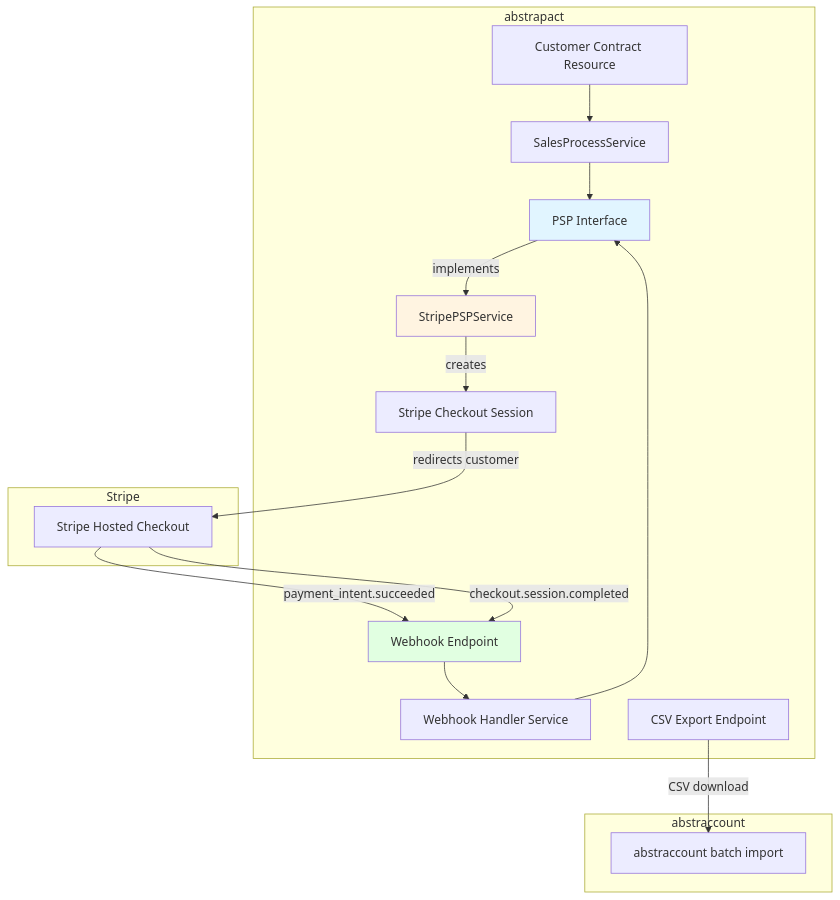
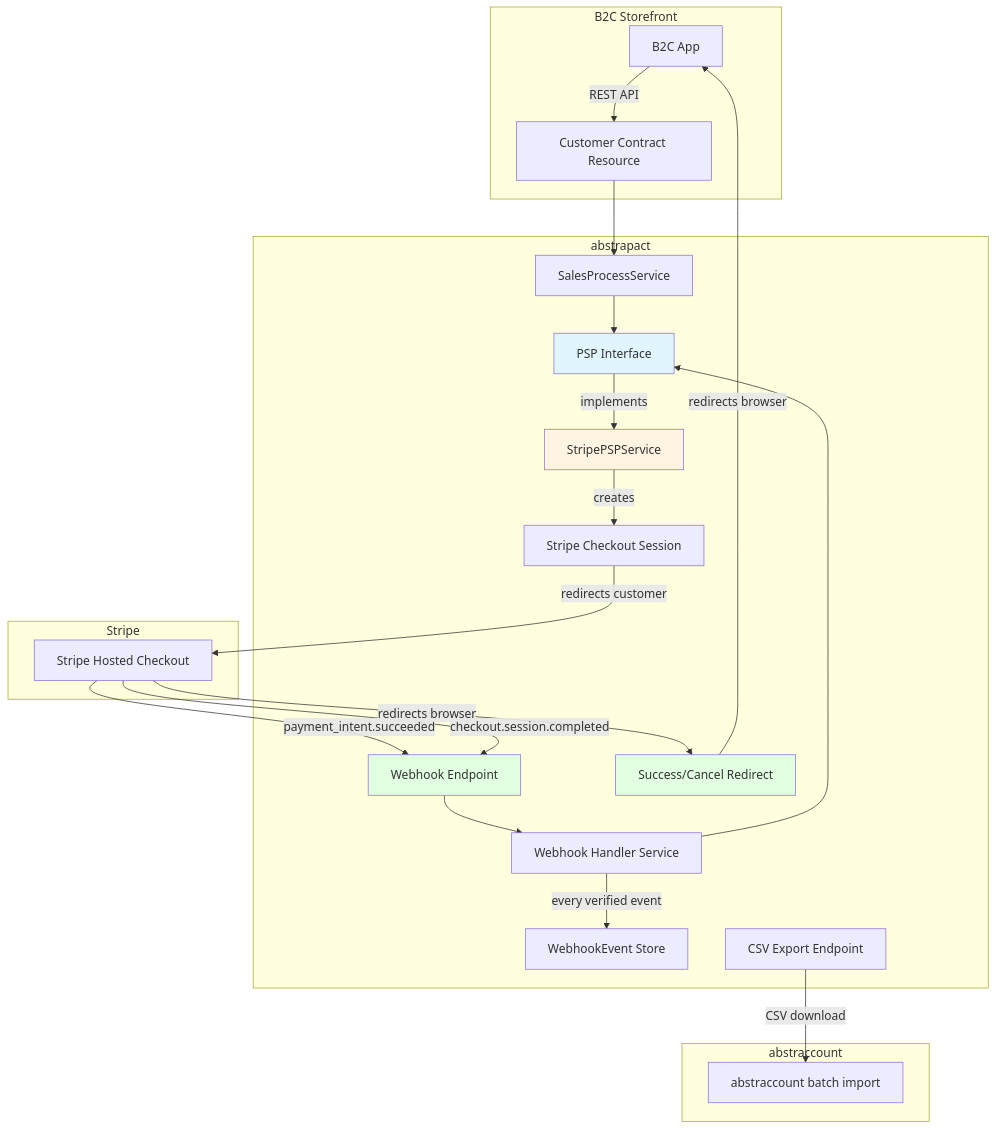
Before and after one commit to abstratium-dev/abstrapact: the first of 8 diagrams in docs/DESIGN_OF_PAYMENT.md, drawn with Mermaid. The commit also changed other lines of this file and 1 other file, not shown here.

````diff
--- a/docs/DESIGN_OF_PAYMENT.md
+++ b/docs/DESIGN_OF_PAYMENT.md
@@ -68,26 +75,34 @@
 ```mermaid
 graph TD
+    subgraph "B2C Storefront"
+        B2C[B2C App] -->|REST API| CR
+    end
+
     subgraph "abstrapact"
         CR[Customer Contract Resource] --> SP[SalesProcessService]
         SP --> PSI[PSP Interface]
         PSI -->|implements| STRIPE[StripePSPService]
         STRIPE -->|creates| SC[Stripe Checkout Session]
         WH[Webhook Endpoint] --> WHS[Webhook Handler Service]
         WHS --> PSI
+        WHS -->|every verified event| WE[WebhookEvent Store]
+        SR[Success/Cancel Redirect] -->|redirects browser| B2C
         EXP[CSV Export Endpoint]
     end
 
     subgraph "Stripe"
         SC -->|redirects customer| CH[Stripe Hosted Checkout]
         CH -->|payment_intent.succeeded| WH
         CH -->|checkout.session.completed| WH
+        CH -->|redirects browser| SR
     end
 
     subgraph "abstraccount"
         EXP -->|CSV download| ACC[abstraccount batch import]
     end
 
     style PSI fill:#e1f5ff
     style STRIPE fill:#fff4e1
     style WH fill:#e1ffe1
+    style SR fill:#e1ffe1
 ```
````
